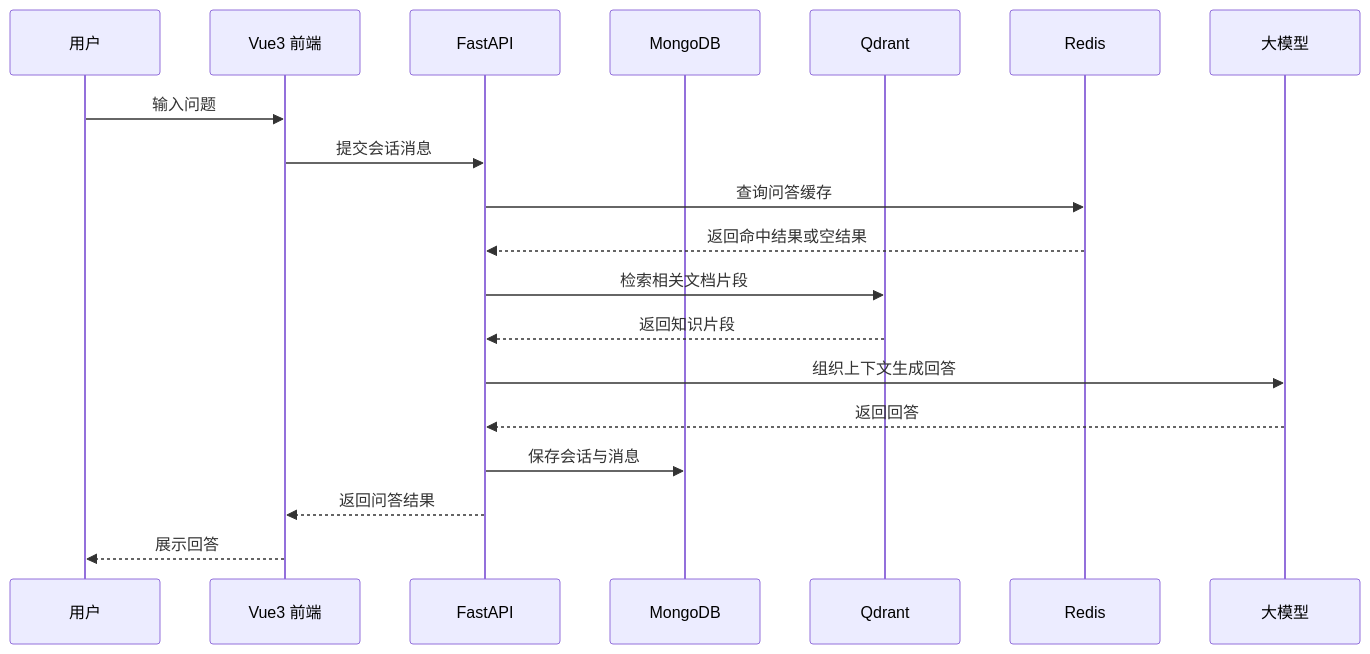
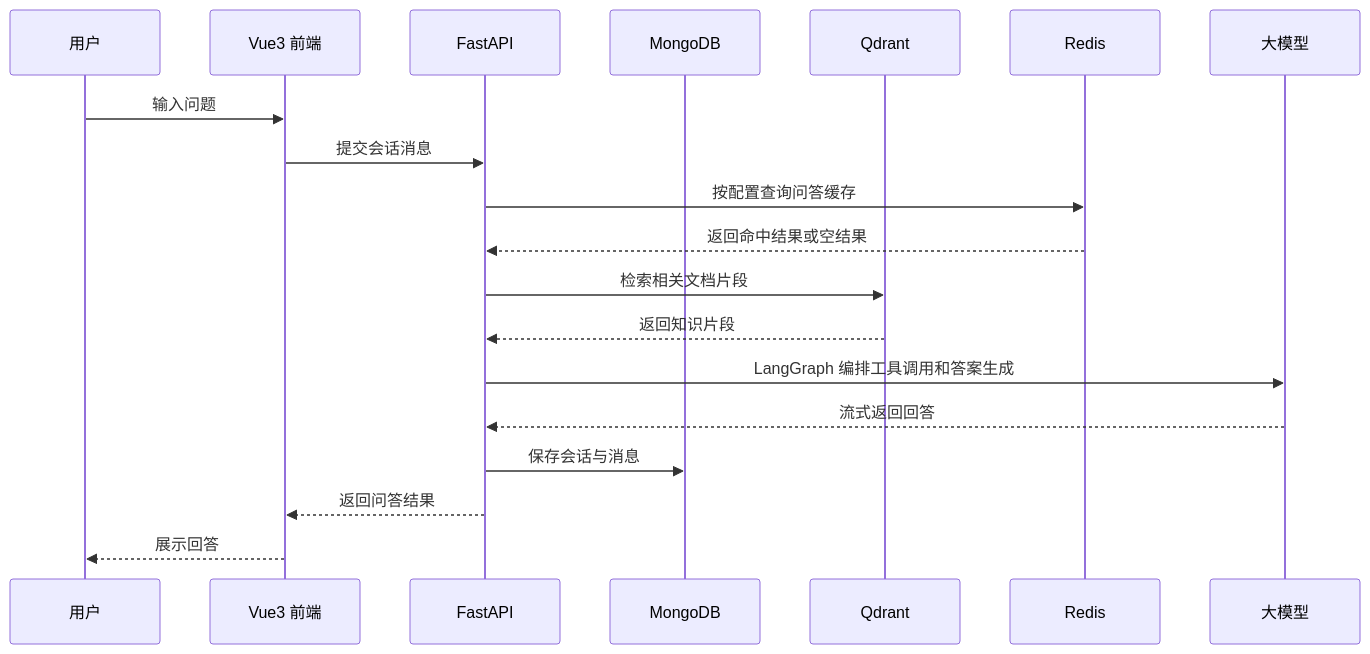
Before and after one commit to gogogo-a/rag-platform: the third of 3 diagrams in README.md, drawn with Mermaid. The commit also changed other lines of this file and 8 other files, not shown here.

Commit message:
更新 README 截图并完善 LangGraph 过程展示

````diff
--- a/README.md
+++ b/README.md
@@ -63,22 +66,22 @@
 ```mermaid
 sequenceDiagram
     participant User as 用户
     participant Web as Vue3 前端
     participant API as FastAPI
     participant DB as MongoDB
     participant VDB as Qdrant
     participant Cache as Redis
     participant LLM as 大模型
 
     User->>Web: 输入问题
     Web->>API: 提交会话消息
-    API->>Cache: 查询问答缓存
+    API->>Cache: 按配置查询问答缓存
     Cache-->>API: 返回命中结果或空结果
     API->>VDB: 检索相关文档片段
     VDB-->>API: 返回知识片段
-    API->>LLM: 组织上下文生成回答
-    LLM-->>API: 返回回答
+    API->>LLM: LangGraph 编排工具调用和答案生成
+    LLM-->>API: 流式返回回答
     API->>DB: 保存会话与消息
     API-->>Web: 返回问答结果
     Web-->>User: 展示回答
 ```
````
